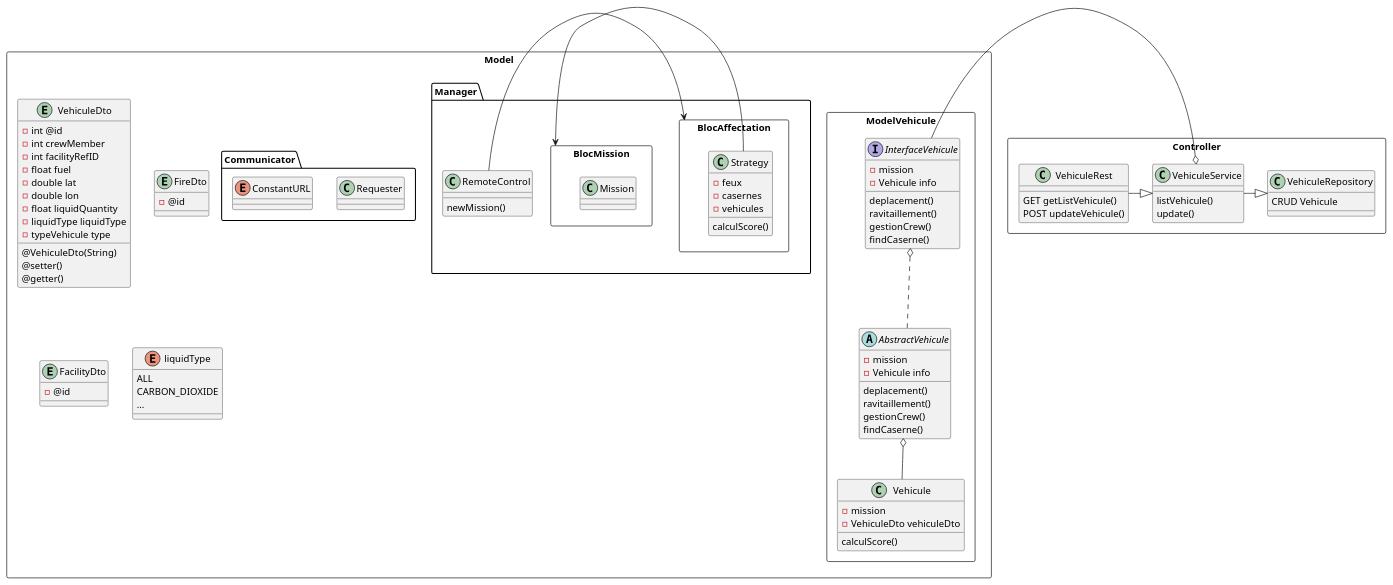
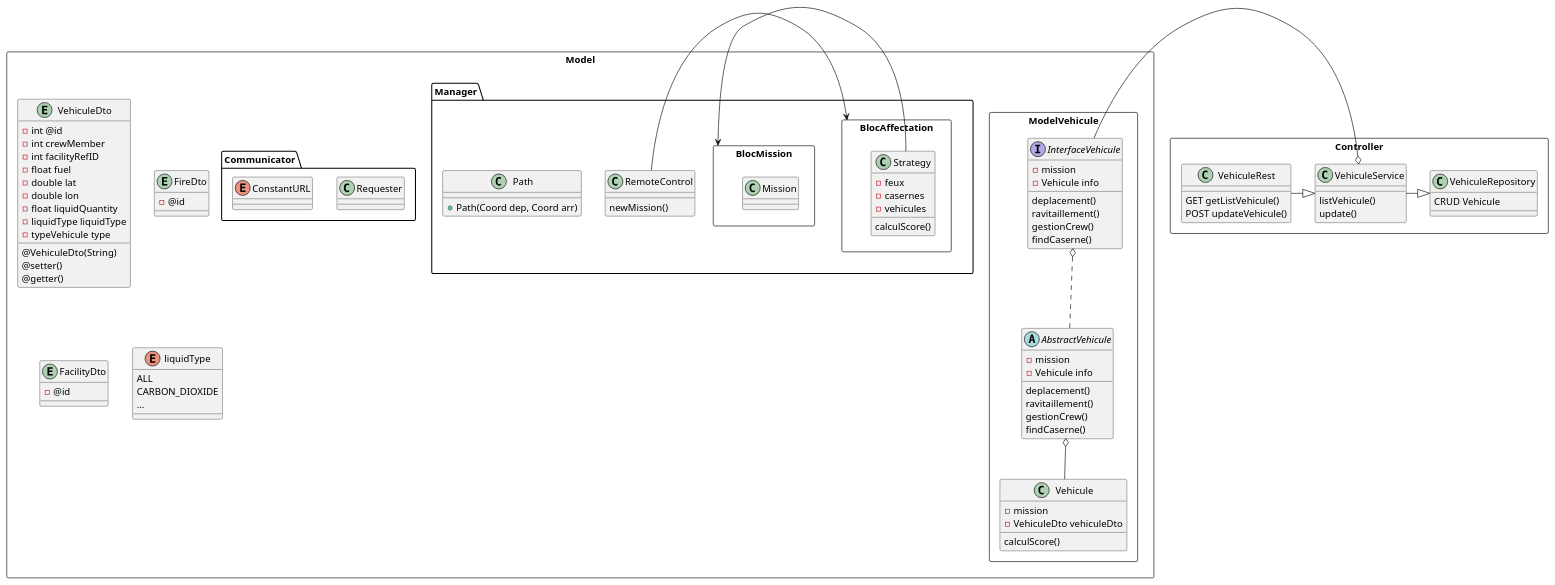
Before and after one commit to Elliot-Garcia/Projet_Majeure: the diagram in architecture.plantuml, drawn with PlantUML.

```diff
--- a/architecture.plantuml
+++ b/architecture.plantuml
@@ -1,126 +1,130 @@
 @startuml
 
 package Model <<Rectangle>> {
     entity VehiculeDto {
       - int @id
       - int crewMember
       - int facilityRefID
       - float fuel
       - double lat
       - double lon
       - float liquidQuantity
       - liquidType liquidType
       - typeVehicule type
 
         @VehiculeDto(String)
       @setter()
       @getter()
     }
 
     entity FireDto {
         - @id
     }
     entity FacilityDto {
         - @id
     }
 
     enum liquidType {
         ALL
         CARBON_DIOXIDE
         ...
     }
 
     package ModelVehicule <<rectangle>> {
         interface InterfaceVehicule {
             - mission
             - Vehicule info
             deplacement()
             ravitaillement()
             gestionCrew()
             findCaserne()
         }
 
         abstract AbstractVehicule {
             - mission
             - Vehicule info
             deplacement()
             ravitaillement()
             gestionCrew()
             findCaserne()
         }
 
         class Vehicule {
             - mission
             - VehiculeDto vehiculeDto
             calculScore()
         }
 
         InterfaceVehicule o.. AbstractVehicule
         AbstractVehicule o-- Vehicule
     }
 
     package Manager <<Folder>> {
 
         class RemoteControl {
             newMission()
         }
 
         package BlocAffectation <<rectangle>> {
             class Strategy {
                 - feux
                 - casernes
                 - vehicules
                 calculScore()
             }
         }
 
         package BlocMission <<rectangle>> {
             class Mission {
             }
         }
 
+        class Path {
+            + Path(Coord dep, Coord arr)
+        }
+
         RemoteControl -> BlocAffectation
         Strategy -> BlocMission
 
     }
 
     package Communicator <<Folder>> {
 
         class Requester {
 
         }
 
         enum ConstantURL {
 
         }
 
     }
 
 }
 
 package Controller <<Rectangle>> {
 
     class VehiculeRepository {
         CRUD Vehicule
     }
 
     class VehiculeService {
         listVehicule()
         update()
     }
 
     class VehiculeRest {
         GET getListVehicule()
         POST updateVehicule()
     }
 
     VehiculeRest -|> VehiculeService
     VehiculeService -|> VehiculeRepository
 
     VehiculeService o- InterfaceVehicule
 
 }
 
 
 
 @enduml
```
